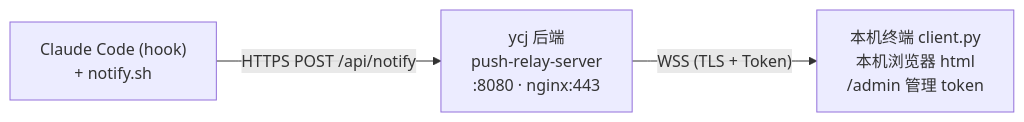
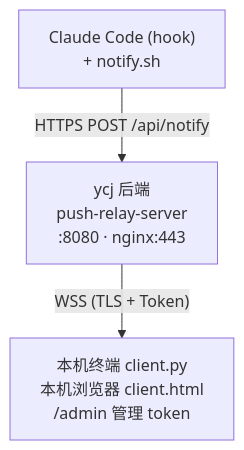
One commit to lazy-people-com/claude-code-push-relay changed the diagram in README.md. Above: the diagram before and after it, drawn with Mermaid. The commit also changed other lines of this file and 3 other files, not shown here.

````diff
--- a/README.md
+++ b/README.md
@@ -7,9 +7,9 @@
 ```mermaid
-flowchart LR
+flowchart TB
     CC["Claude Code (hook)<br/>+ notify.sh"]
     SRV["ycj 后端<br/>push-relay-server<br/>:8080 · nginx:443"]
-    CL["本机终端 client.py<br/>本机浏览器 html<br/>/admin 管理 token"]
+    CL["本机终端 client.py<br/>本机浏览器 client.html<br/>/admin 管理 token"]
 
     CC -- "HTTPS POST /api/notify" --> SRV
     SRV -- "WSS (TLS + Token)" --> CL
 ```
````
